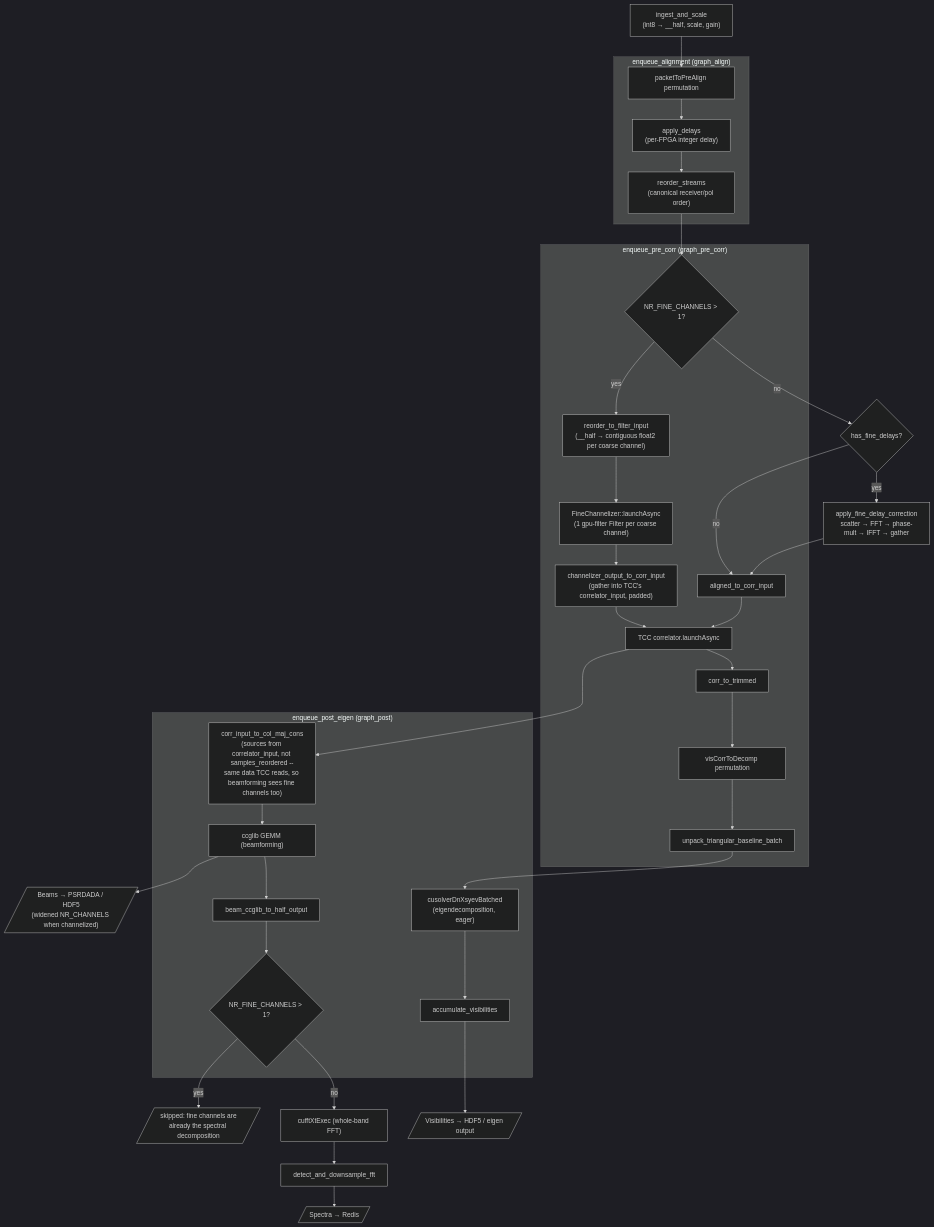
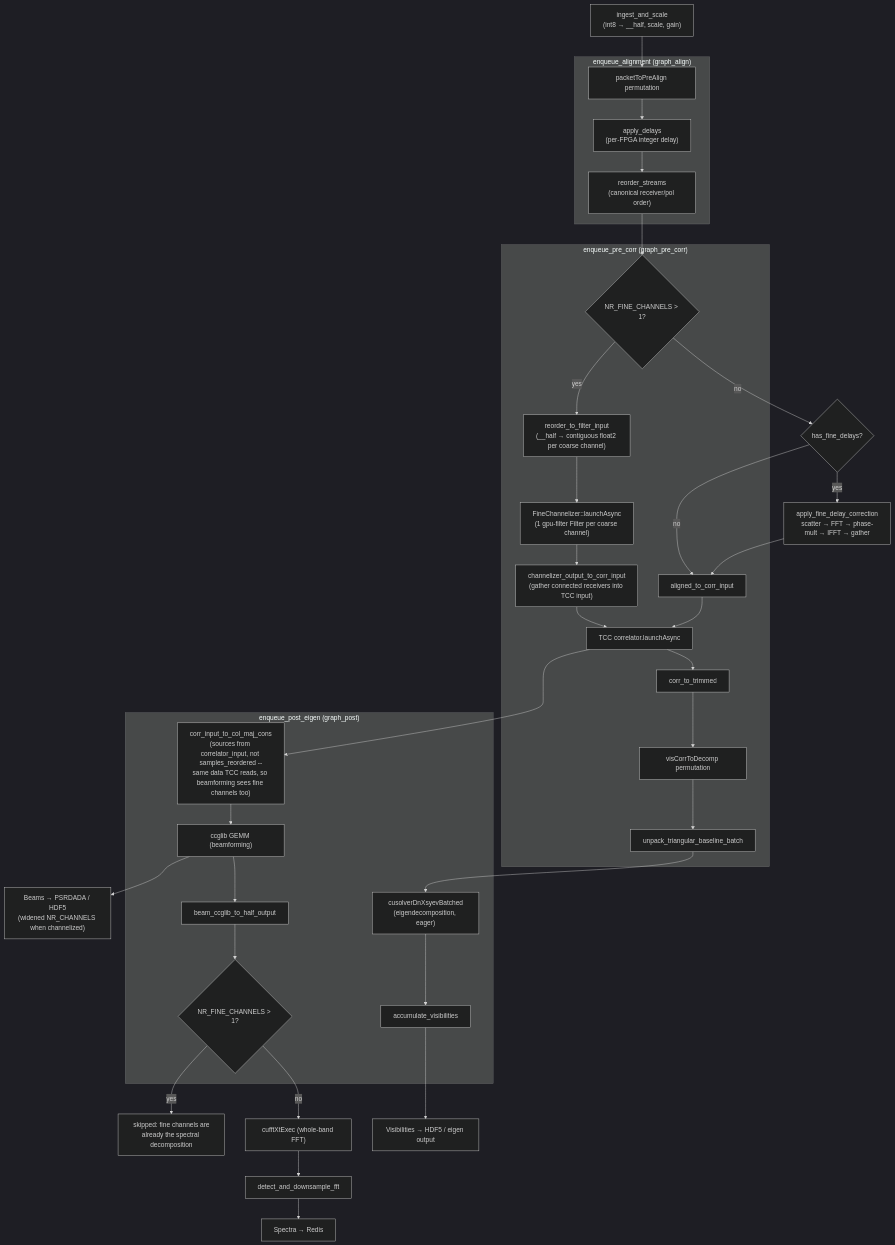
The fourth of 7 diagrams in docs/architecture.md (jdgsmallwood/cuda-spatial-filtering), drawn with Mermaid (dark theme) before and after one commit. The commit also changed other lines of this file and 47 other files, not shown here.

````diff
--- a/docs/architecture.md
+++ b/docs/architecture.md
@@ -188,44 +188,44 @@
 ```mermaid
 flowchart TD
-    A["ingest_and_scale\n(int8 → __half, scale, gain)"] --> B
+    A["ingest_and_scale<br/>(int8 → __half, scale, gain)"] --> B
 
     subgraph graph_align["enqueue_alignment (graph_align)"]
-        B["packetToPreAlign permutation"] --> C["apply_delays\n(per-FPGA integer delay)"]
-        C --> D["reorder_streams\n(canonical receiver/pol order)"]
+        B["packetToPreAlign permutation"] --> C["apply_delays<br/>(per-FPGA integer delay)"]
+        C --> D["reorder_streams<br/>(canonical receiver/pol order)"]
     end
 
     D --> E{"NR_FINE_CHANNELS > 1?"}
     E -- no --> E1{"has_fine_delays?"}
-    E1 -- yes --> F["apply_fine_delay_correction\nscatter → FFT → phase-mult → IFFT → gather"]
+    E1 -- yes --> F["apply_fine_delay_correction<br/>scatter → FFT → phase-mult → IFFT → gather"]
     E1 -- no --> G
     F --> G
 
     subgraph graph_pre_corr["enqueue_pre_corr (graph_pre_corr)"]
         G["aligned_to_corr_input"] --> H["TCC correlator.launchAsync"]
-        E -- yes --> CH1["reorder_to_filter_input\n(__half → contiguous float2 per coarse channel)"]
-        CH1 --> CH2["FineChannelizer::launchAsync\n(1 gpu-filter Filter per coarse channel)"]
-        CH2 --> CH3["channelizer_output_to_corr_input\n(gather into TCC's correlator_input, padded)"]
+        E -- yes --> CH1["reorder_to_filter_input<br/>(__half → contiguous float2 per coarse channel)"]
+        CH1 --> CH2["FineChannelizer::launchAsync<br/>(1 gpu-filter Filter per coarse channel)"]
+        CH2 --> CH3["channelizer_output_to_corr_input<br/>(gather connected receivers into TCC input)"]
         CH3 --> H
         H --> I["corr_to_trimmed"]
         I --> J["visCorrToDecomp permutation"]
         J --> K["unpack_triangular_baseline_batch"]
     end
 
-    K --> L["cusolverDnXsyevBatched\n(eigendecomposition, eager)"]
+    K --> L["cusolverDnXsyevBatched<br/>(eigendecomposition, eager)"]
 
     subgraph graph_post["enqueue_post_eigen (graph_post)"]
         L --> M["accumulate_visibilities"]
-        H --> N["corr_input_to_col_maj_cons\n(sources from correlator_input, not samples_reordered --\nsame data TCC reads, so beamforming sees fine channels too)"]
+        H --> N["corr_input_to_col_maj_cons<br/>(sources from correlator_input, not samples_reordered --<br/>same data TCC reads, so beamforming sees fine channels too)"]
         N --> O["ccglib GEMM (beamforming)"]
         O --> P["beam_ccglib_to_half_output"]
         P --> Q{"NR_FINE_CHANNELS > 1?"}
     end
 
     Q -- no --> R["cufftXtExec (whole-band FFT)"]
     R --> S["detect_and_downsample_fft"]
-    Q -- yes --> V2[/"skipped: fine channels are\nalready the spectral decomposition"/]
+    Q -- yes --> V2["skipped: fine channels are<br/>already the spectral decomposition"]
 
-    M --> T[/"Visibilities → HDF5 / eigen output"/]
-    S --> U[/"Spectra → Redis"/]
-    O --> V[/"Beams → PSRDADA / HDF5\n(widened NR_CHANNELS when channelized)"/]
+    M --> T["Visibilities → HDF5 / eigen output"]
+    S --> U["Spectra → Redis"]
+    O --> V["Beams → PSRDADA / HDF5<br/>(widened NR_CHANNELS when channelized)"]
 ```
````
